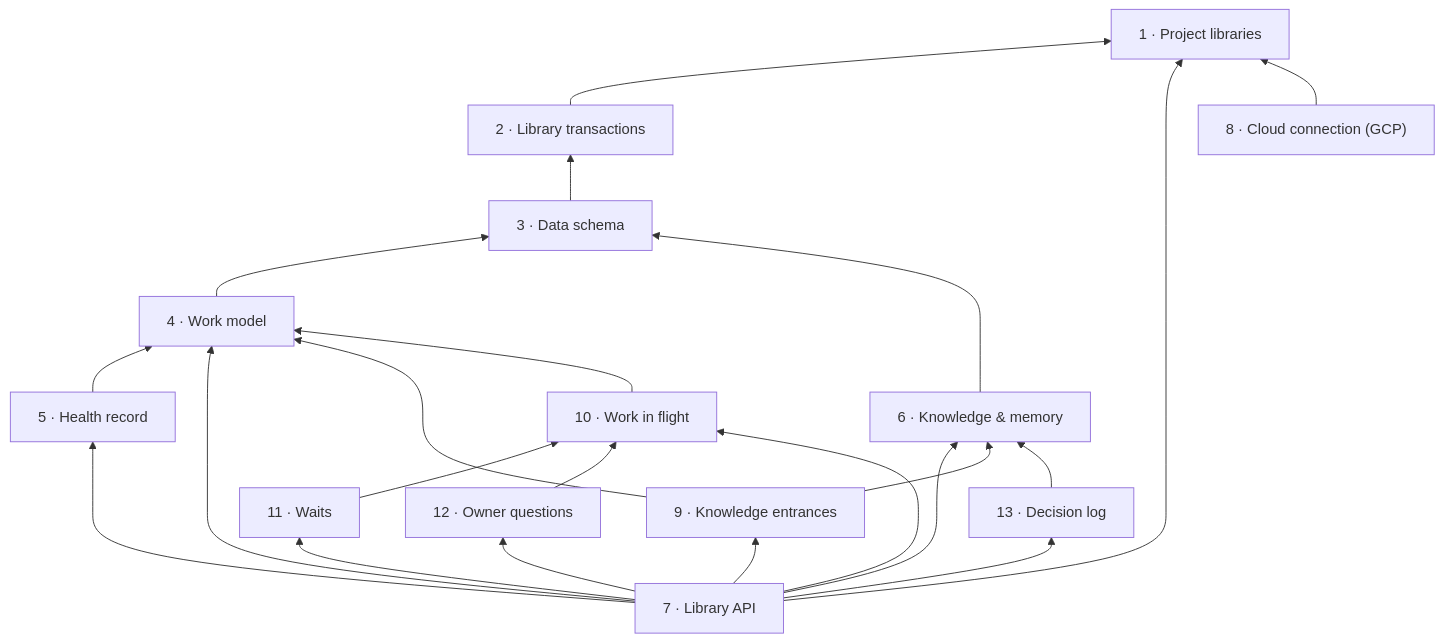
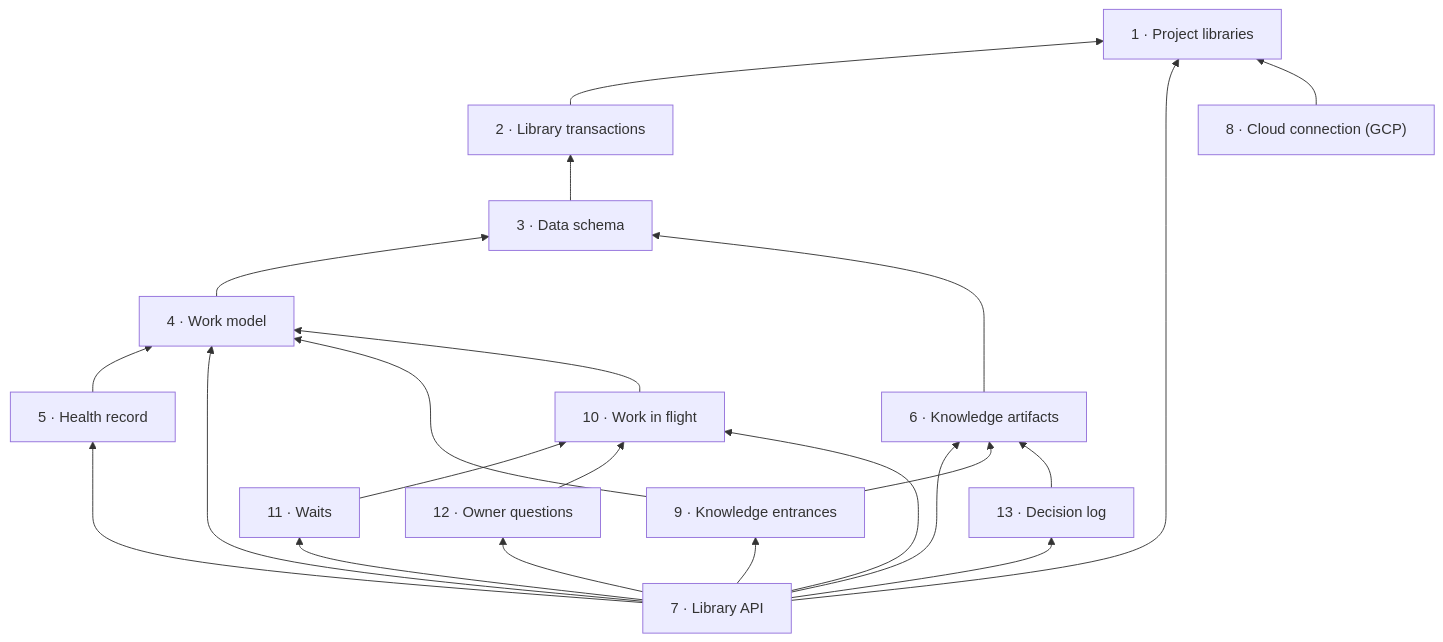
The diagram in stories/library.md (storytree-ai/storytree), drawn with Mermaid before and after one commit. The commit also changed other lines of this file and 31 other files, not shown here.

Commit message:
wording(artifact): name knowledge artifacts across tools, labels and story records

````diff
--- a/stories/library.md
+++ b/stories/library.md
@@ -21,37 +21,37 @@
 ```mermaid
 flowchart BT
   P["1 · Project libraries"]
   R["2 · Library transactions"]
   F["3 · Data schema"]
   W["4 · Work model"]
   H["5 · Health record"]
-  K["6 · Knowledge & memory"]
+  K["6 · Knowledge artifacts"]
   D["7 · Library API"]
   C["8 · Cloud connection (GCP)"]
   E["9 · Knowledge entrances"]
   I["10 · Work in flight"]
   WT["11 · Waits"]
   Q["12 · Owner questions"]
   L["13 · Decision log"]
   R --> P
   F --> R
   W --> F
   K --> F
   H --> W
   D --> W
   D --> H
   D --> K
   D --> P
   C --> P
   E --> W
   E --> K
   D --> E
   I --> W
   WT --> I
   Q --> I
   L --> K
   D --> I
   D --> WT
   D --> Q
   D --> L
 ```
````
